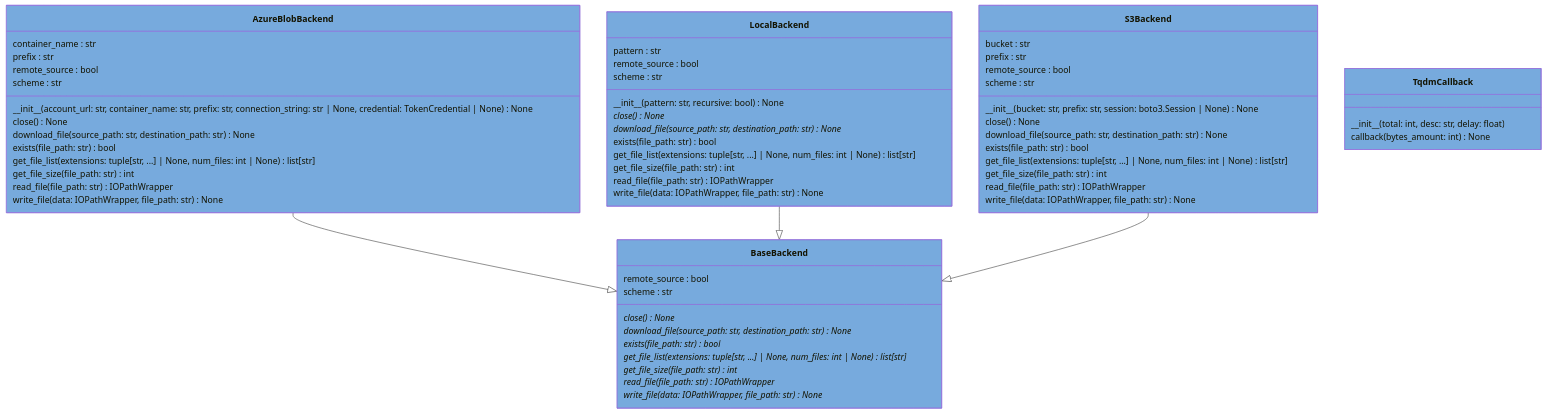
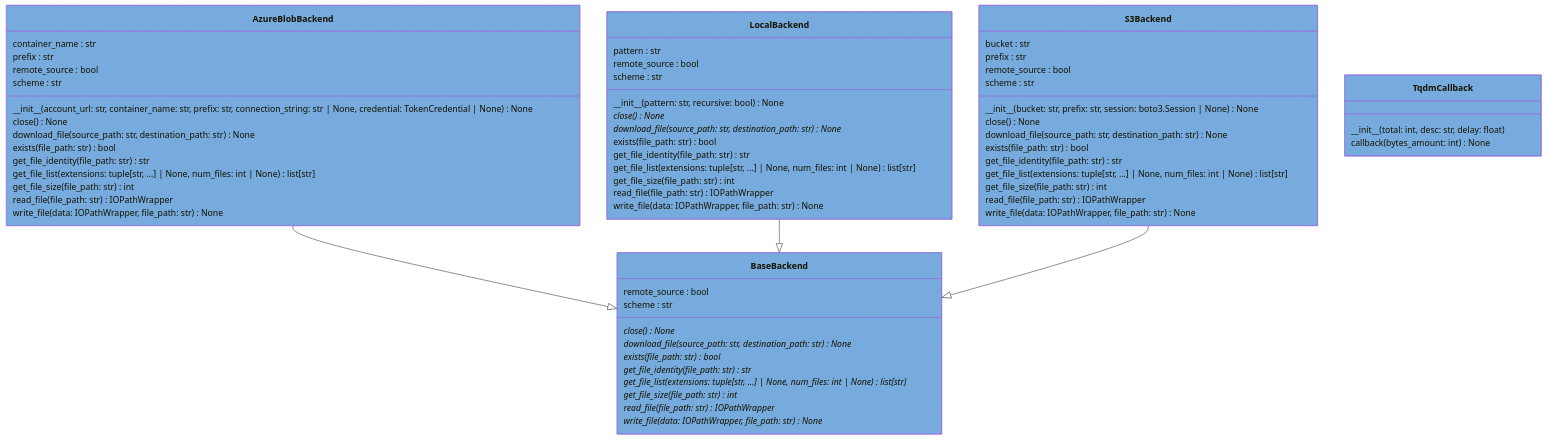
The diagram in docs/pyreverse/mermaid/classes_pythermondt.io.backends.mmd (voidsy-gmbh/pyThermoNDT), drawn with Mermaid before and after one commit. The commit also changed 9 other files, not shown here.

```diff
--- a/docs/pyreverse/mermaid/classes_pythermondt.io.backends.mmd
+++ b/docs/pyreverse/mermaid/classes_pythermondt.io.backends.mmd
@@ -1,65 +1,69 @@
 classDiagram
   class AzureBlobBackend {
     container_name : str
     prefix : str
     remote_source : bool
     scheme : str
     \_\_init\_\_(account_url: str, container_name: str, prefix: str, connection_string: str | None, credential: TokenCredential | None) None
     close() None
     download_file(source_path: str, destination_path: str) None
     exists(file_path: str) bool
+    get_file_identity(file_path: str) str
     get_file_list(extensions: tuple[str, ...] | None, num_files: int | None) list[str]
     get_file_size(file_path: str) int
     read_file(file_path: str) IOPathWrapper
     write_file(data: IOPathWrapper, file_path: str) None
   }
   style AzureBlobBackend fill:#77AADD
   class BaseBackend {
     remote_source : bool
     scheme : str
     close()* None
     download_file(source_path: str, destination_path: str)* None
     exists(file_path: str)* bool
+    get_file_identity(file_path: str)* str
     get_file_list(extensions: tuple[str, ...] | None, num_files: int | None)* list[str]
     get_file_size(file_path: str)* int
     read_file(file_path: str)* IOPathWrapper
     write_file(data: IOPathWrapper, file_path: str)* None
   }
   style BaseBackend fill:#77AADD
   class LocalBackend {
     pattern : str
     remote_source : bool
     scheme : str
     \_\_init\_\_(pattern: str, recursive: bool) None
     close()* None
     download_file(source_path: str, destination_path: str)* None
     exists(file_path: str) bool
+    get_file_identity(file_path: str) str
     get_file_list(extensions: tuple[str, ...] | None, num_files: int | None) list[str]
     get_file_size(file_path: str) int
     read_file(file_path: str) IOPathWrapper
     write_file(data: IOPathWrapper, file_path: str) None
   }
   style LocalBackend fill:#77AADD
   class S3Backend {
     bucket : str
     prefix : str
     remote_source : bool
     scheme : str
     \_\_init\_\_(bucket: str, prefix: str, session: boto3.Session | None) None
     close() None
     download_file(source_path: str, destination_path: str) None
     exists(file_path: str) bool
+    get_file_identity(file_path: str) str
     get_file_list(extensions: tuple[str, ...] | None, num_files: int | None) list[str]
     get_file_size(file_path: str) int
     read_file(file_path: str) IOPathWrapper
     write_file(data: IOPathWrapper, file_path: str) None
   }
   style S3Backend fill:#77AADD
   class TqdmCallback {
     \_\_init\_\_(total: int, desc: str, delay: float)
     callback(bytes_amount: int) None
   }
   style TqdmCallback fill:#77AADD
   AzureBlobBackend --|> BaseBackend
   LocalBackend --|> BaseBackend
   S3Backend --|> BaseBackend
```
